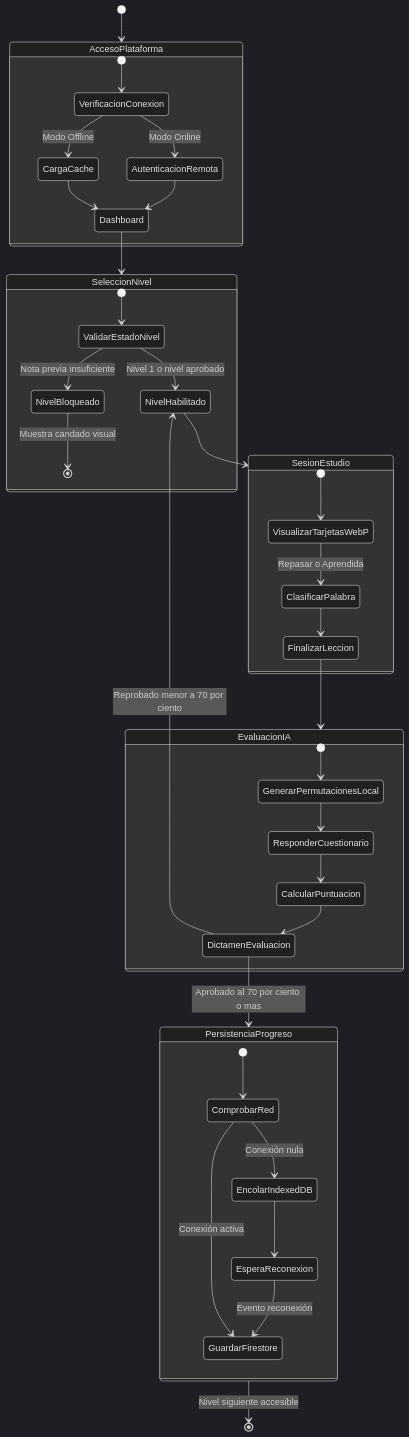
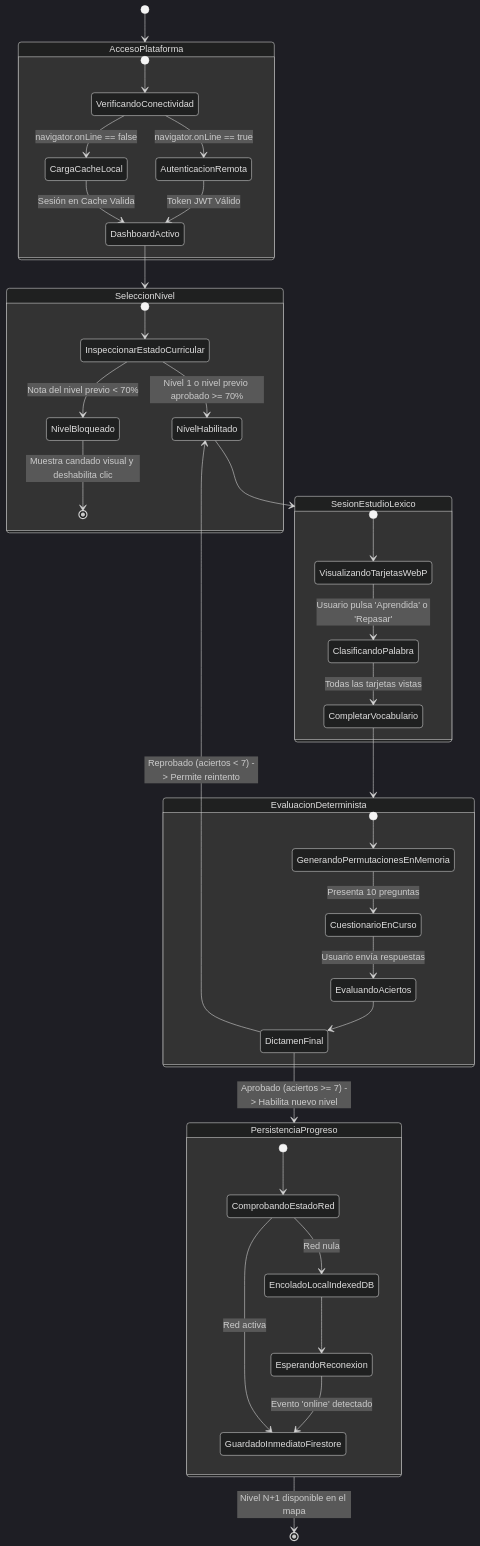
The tenth of 12 diagrams in Docs/mapa_de_diagramas.md (upds-software-engineering/Yapu), drawn with Mermaid (dark theme) before and after one commit. The commit also changed other lines of this file and 8 other files, not shown here.

Commit message:
docs(actividad-03): album de modelos UML IEEE 1016, informe APA 7, presentacion y guion de defensa

````diff
--- a/Docs/mapa_de_diagramas.md
+++ b/Docs/mapa_de_diagramas.md
@@ -576,51 +953,51 @@
 ```mermaid
 stateDiagram-v2
     [*] --> AccesoPlataforma
     
     state AccesoPlataforma {
-        [*] --> VerificacionConexion
-        VerificacionConexion --> CargaCache : Modo Offline
-        VerificacionConexion --> AutenticacionRemota : Modo Online
-        AutenticacionRemota --> Dashboard
-        CargaCache --> Dashboard
+        [*] --> VerificandoConectividad
+        VerificandoConectividad --> CargaCacheLocal : navigator.onLine == false
+        VerificandoConectividad --> AutenticacionRemota : navigator.onLine == true
+        AutenticacionRemota --> DashboardActivo : Token JWT Válido
+        CargaCacheLocal --> DashboardActivo : Sesión en Cache Valida
     }
 
-    Dashboard --> SeleccionNivel
+    DashboardActivo --> SeleccionNivel
     
     state SeleccionNivel {
-        [*] --> ValidarEstadoNivel
-        ValidarEstadoNivel --> NivelBloqueado : Nota previa insuficiente
-        ValidarEstadoNivel --> NivelHabilitado : Nivel 1 o nivel aprobado
-        NivelBloqueado --> [*] : Muestra candado visual
+        [*] --> InspeccionarEstadoCurricular
+        InspeccionarEstadoCurricular --> NivelBloqueado : Nota del nivel previo < 70%
+        InspeccionarEstadoCurricular --> NivelHabilitado : Nivel 1 o nivel previo aprobado >= 70%
+        NivelBloqueado --> [*] : Muestra candado visual y deshabilita clic
     }
 
-    NivelHabilitado --> SesionEstudio
+    NivelHabilitado --> SesionEstudioLexico
     
-    state SesionEstudio {
-        [*] --> VisualizarTarjetasWebP
-        VisualizarTarjetasWebP --> ClasificarPalabra : Repasar o Aprendida
-        ClasificarPalabra --> FinalizarLeccion
+    state SesionEstudioLexico {
+        [*] --> VisualizandoTarjetasWebP
+        VisualizandoTarjetasWebP --> ClasificandoPalabra : Usuario pulsa 'Aprendida' o 'Repasar'
+        ClasificandoPalabra --> CompletarVocabulario : Todas las tarjetas vistas
     }
 
-    FinalizarLeccion --> EvaluacionIA
+    CompletarVocabulario --> EvaluacionDeterminista
     
-    state EvaluacionIA {
-        [*] --> GenerarPermutacionesLocal
-        GenerarPermutacionesLocal --> ResponderCuestionario
-        ResponderCuestionario --> CalcularPuntuacion
-        CalcularPuntuacion --> DictamenEvaluacion
+    state EvaluacionDeterminista {
+        [*] --> GenerandoPermutacionesEnMemoria
+        GenerandoPermutacionesEnMemoria --> CuestionarioEnCurso : Presenta 10 preguntas
+        CuestionarioEnCurso --> EvaluandoAciertos : Usuario envía respuestas
+        EvaluandoAciertos --> DictamenFinal
     }
 
-    DictamenEvaluacion --> NivelHabilitado : Reprobado menor a 70 por ciento
-    DictamenEvaluacion --> PersistenciaProgreso : Aprobado al 70 por ciento o mas
+    DictamenFinal --> NivelHabilitado : Reprobado (aciertos < 7) -> Permite reintento
+    DictamenFinal --> PersistenciaProgreso : Aprobado (aciertos >= 7) -> Habilita nuevo nivel
 
     state PersistenciaProgreso {
-        [*] --> ComprobarRed
-        ComprobarRed --> GuardarFirestore : Conexión activa
-        ComprobarRed --> EncolarIndexedDB : Conexión nula
-        EncolarIndexedDB --> EsperaReconexion
-        EsperaReconexion --> GuardarFirestore : Evento reconexión
+        [*] --> ComprobandoEstadoRed
+        ComprobandoEstadoRed --> GuardadoInmediatoFirestore : Red activa
+        ComprobandoEstadoRed --> EncoladoLocalIndexedDB : Red nula
+        EncoladoLocalIndexedDB --> EsperandoReconexion
+        EsperandoReconexion --> GuardadoInmediatoFirestore : Evento 'online' detectado
     }
 
-    PersistenciaProgreso --> [*] : Nivel siguiente accesible
+    PersistenciaProgreso --> [*] : Nivel N+1 disponible en el mapa
 ```
````
